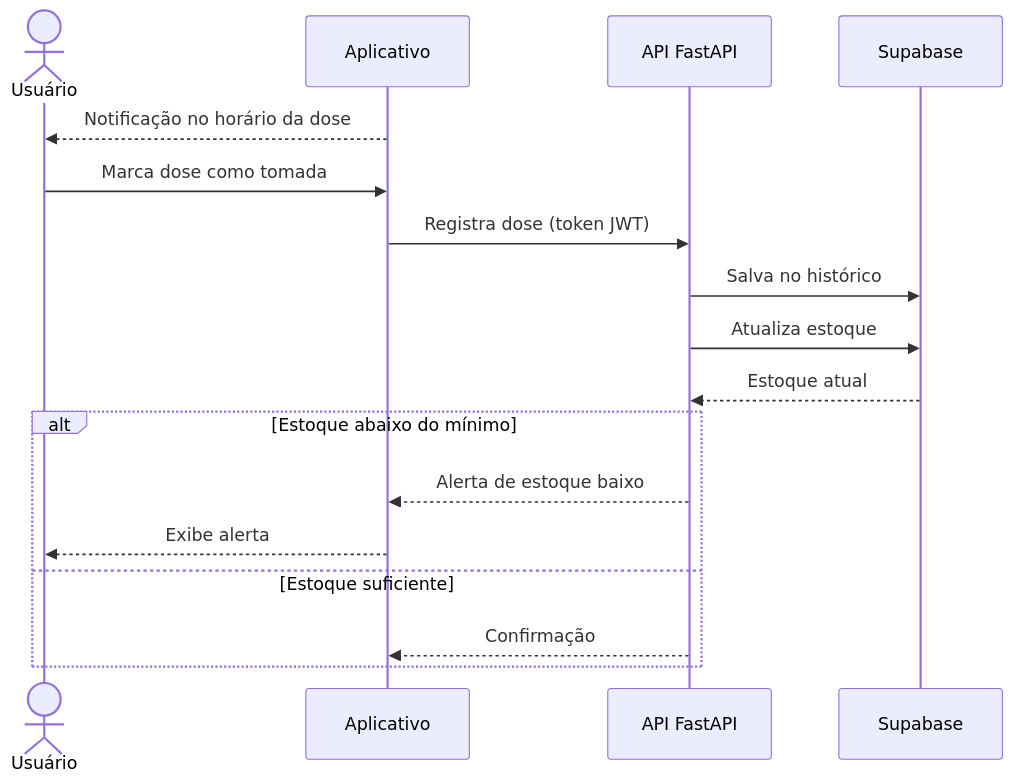
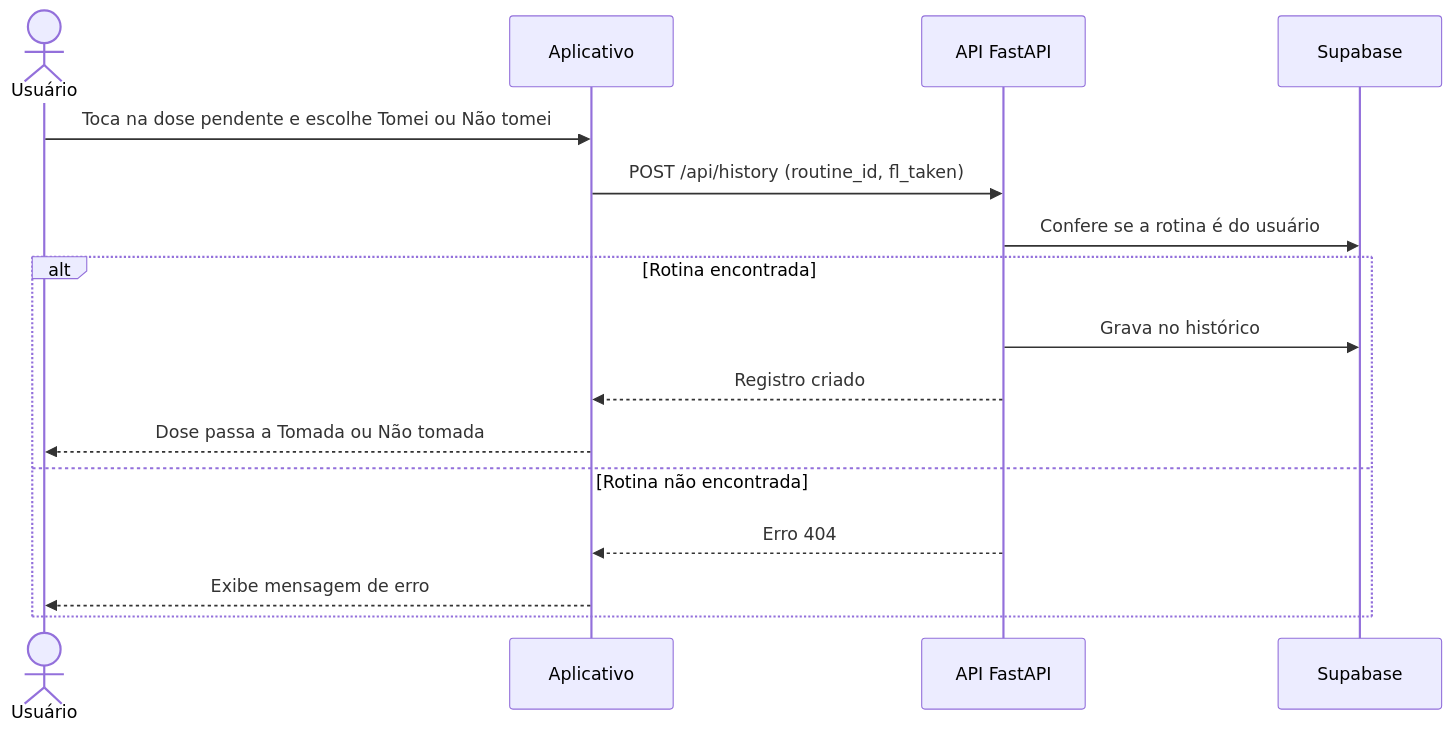
The eighth of 9 diagrams in docs/diagramas.md (amandaadb/Projeto-Saude-em-dia-), drawn with Mermaid before and after one commit. The commit also changed other lines of this file, not shown here.

````diff
--- a/docs/diagramas.md
+++ b/docs/diagramas.md
@@ -122,20 +144,19 @@
 ```mermaid
 sequenceDiagram
     actor U as Usuário
     participant App as Aplicativo
     participant API as API FastAPI
     participant DB as Supabase
 
-    App-->>U: Notificação no horário da dose
-    U->>App: Marca dose como tomada
-    App->>API: Registra dose (token JWT)
-    API->>DB: Salva no histórico
-    API->>DB: Atualiza estoque
-    DB-->>API: Estoque atual
-    alt Estoque abaixo do mínimo
-        API-->>App: Alerta de estoque baixo
-        App-->>U: Exibe alerta
-    else Estoque suficiente
-        API-->>App: Confirmação
+    U->>App: Toca na dose pendente e escolhe Tomei ou Não tomei
+    App->>API: POST /api/history (routine_id, fl_taken)
+    API->>DB: Confere se a rotina é do usuário
+    alt Rotina encontrada
+        API->>DB: Grava no histórico
+        API-->>App: Registro criado
+        App-->>U: Dose passa a Tomada ou Não tomada
+    else Rotina não encontrada
+        API-->>App: Erro 404
+        App-->>U: Exibe mensagem de erro
     end
 ```
````
